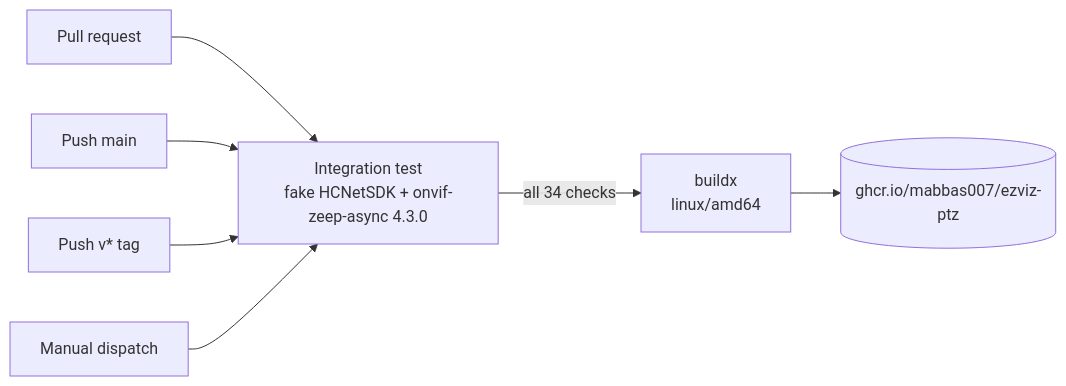
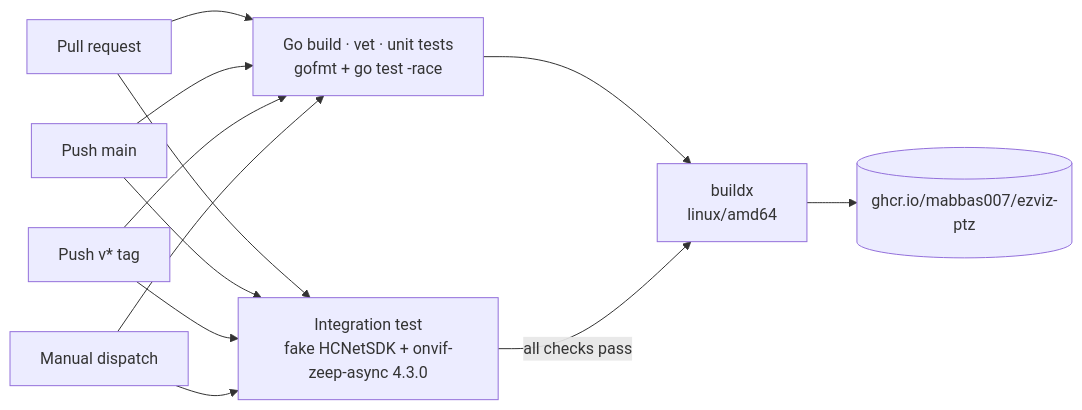
Before and after one commit to mabbas007/ezviz-ptz: diagram 11 of 11 in ARCHITECTURE.md, drawn with Mermaid. The commit also changed other lines of this file and 40 other files, not shown here.

````diff
--- a/ARCHITECTURE.md
+++ b/ARCHITECTURE.md
@@ -613,9 +625,14 @@
 ```mermaid
 flowchart LR
-    PR["Pull request"] --> TEST["Integration test<br/>fake HCNetSDK + onvif-zeep-async 4.3.0"]
-    MAIN["Push main"] --> TEST
-    TAG["Push v* tag"] --> TEST
-    MAN["Manual dispatch"] --> TEST
-    TEST -->|"all 34 checks"| BUILD["buildx<br/>linux/amd64"]
+    PR["Pull request"] --> GO["Go build · vet · unit tests<br/>gofmt + go test -race"]
+    MAIN["Push main"] --> GO
+    TAG["Push v* tag"] --> GO
+    MAN["Manual dispatch"] --> GO
+    PR --> TEST["Integration test<br/>fake HCNetSDK + onvif-zeep-async 4.3.0"]
+    MAIN --> TEST
+    TAG --> TEST
+    MAN --> TEST
+    GO --> BUILD["buildx<br/>linux/amd64"]
+    TEST -->|"all checks pass"| BUILD
     BUILD --> GHCR[("ghcr.io/mabbas007/ezviz-ptz")]
 ```
````
